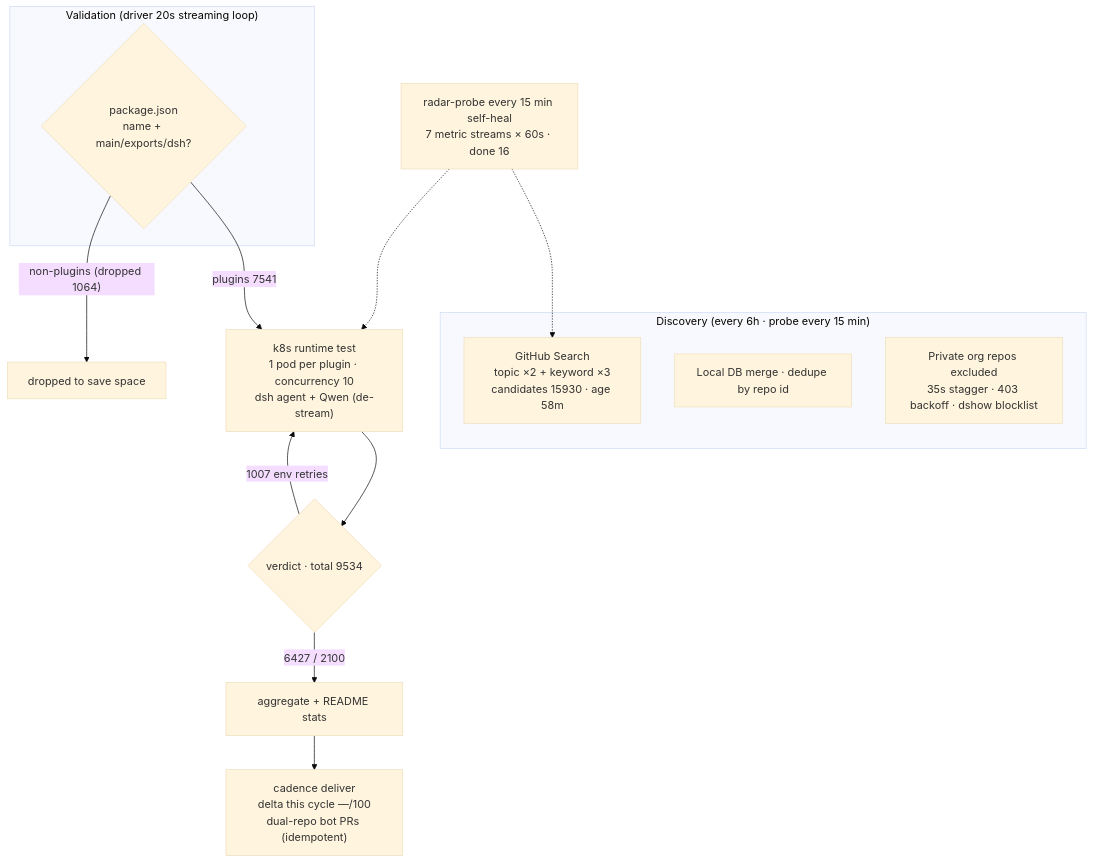
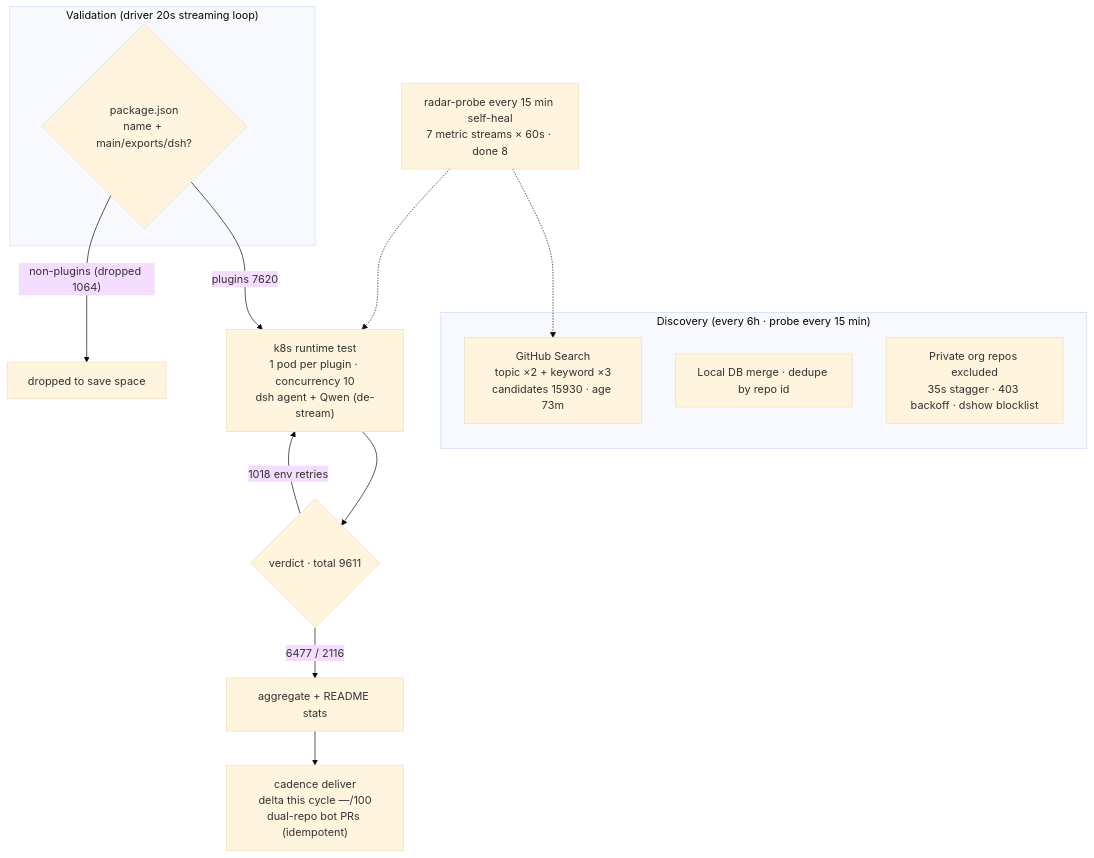
Before and after one commit to AdamPlatin123/awesome-dsh-plugins: the diagram in README.en-US.md, drawn with Mermaid (base theme). The commit also changed other lines of this file and 4 other files, not shown here.

````diff
--- a/README.en-US.md
+++ b/README.en-US.md
@@ -30,20 +30,20 @@
 ```mermaid
 flowchart TB
     subgraph Discovery["Discovery (every 6h · probe every 15 min)"]
-        A1["GitHub Search<br/>topic ×2 + keyword ×3<br/>candidates 15930 · age 58m"]
+        A1["GitHub Search<br/>topic ×2 + keyword ×3<br/>candidates 15930 · age 73m"]
         A2["Local DB merge · dedupe by repo id"]
         A3["Private org repos excluded<br/>35s stagger · 403 backoff · dshow blocklist"]
     end
     subgraph Validation["Validation (driver 20s streaming loop)"]
         B1{"package.json<br/>name + main/exports/dsh?"}
     end
-    B1 -->|"plugins 7541"| C1["k8s runtime test<br/>1 pod per plugin · concurrency 10<br/>dsh agent + Qwen (de-stream)"]
+    B1 -->|"plugins 7620"| C1["k8s runtime test<br/>1 pod per plugin · concurrency 10<br/>dsh agent + Qwen (de-stream)"]
     B1 -->|"non-plugins (dropped 1064)"| B3["dropped to save space"]
-    C1 --> D1{"verdict · total 9534"}
-    D1 -->|"6427 / 2100"| E1["aggregate + README stats"]
-    D1 -->|"1007 env retries"| C1
+    C1 --> D1{"verdict · total 9611"}
+    D1 -->|"6477 / 2116"| E1["aggregate + README stats"]
+    D1 -->|"1018 env retries"| C1
     E1 --> E2["cadence deliver<br/>delta this cycle —/100<br/>dual-repo bot PRs (idempotent)"]
-    M["radar-probe every 15 min self-heal<br/>7 metric streams × 60s · done 16"]
+    M["radar-probe every 15 min self-heal<br/>7 metric streams × 60s · done 8"]
     M -.-> A1
     M -.-> C1
 ```
````
